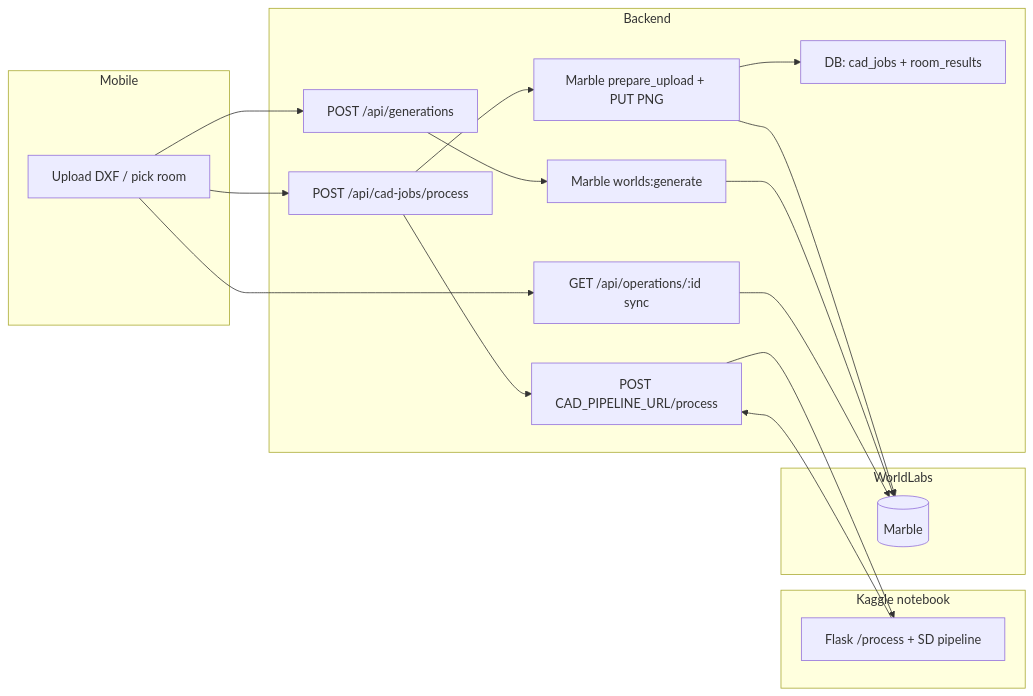
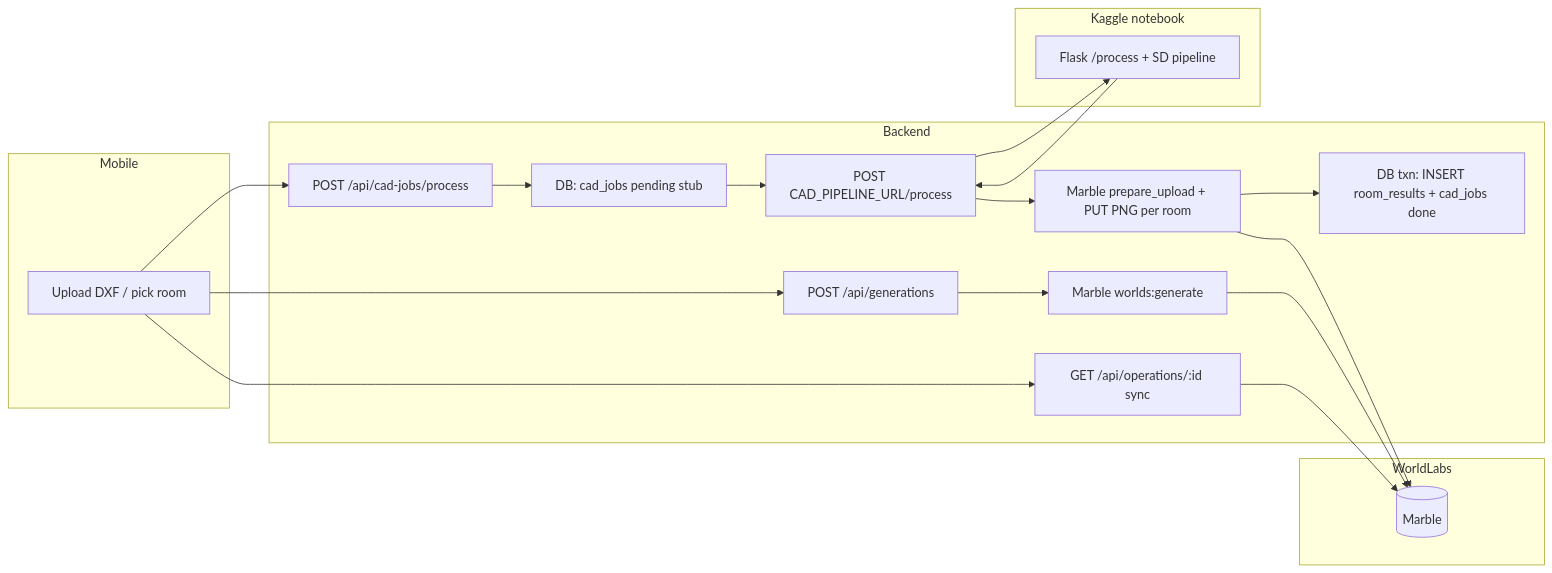
Diagram 16 of 16 in README.md (OmarMegahed1/DecoSmart), drawn with Mermaid before and after one commit. The commit also changed other lines of this file, not shown here.

Commit message:
docs: align README diagrams with cad_jobs and room_results timing

````diff
--- a/README.md
+++ b/README.md
@@ -1027,33 +1022,34 @@
 ```mermaid
 flowchart LR
   subgraph mobile["Mobile"]
     M1["Upload DXF / pick room"]
   end
 
   subgraph backend["Backend"]
     B1["POST /api/cad-jobs/process"]
+    B1a["DB: cad_jobs pending stub"]
     B2["POST CAD_PIPELINE_URL/process"]
-    B3["Marble prepare_upload + PUT PNG"]
-    B4["DB: cad_jobs + room_results"]
+    B3["Marble prepare_upload + PUT PNG per room"]
+    B4["DB txn: INSERT room_results + cad_jobs done"]
     B5["POST /api/generations"]
     B6["Marble worlds:generate"]
     B7["GET /api/operations/:id sync"]
   end
 
   subgraph kaggle["Kaggle notebook"]
     K["Flask /process + SD pipeline"]
   end
 
   subgraph marble["WorldLabs"]
     WL[(Marble)]
   end
 
-  M1 --> B1 --> B2 --> K
+  M1 --> B1 --> B1a --> B2 --> K
   K --> B2
-  B1 --> B3 --> WL
+  B2 --> B3 --> WL
   B3 --> B4
   M1 --> B5
   B5 --> B6 --> WL
   M1 --> B7
   B7 --> WL
 ```
````
